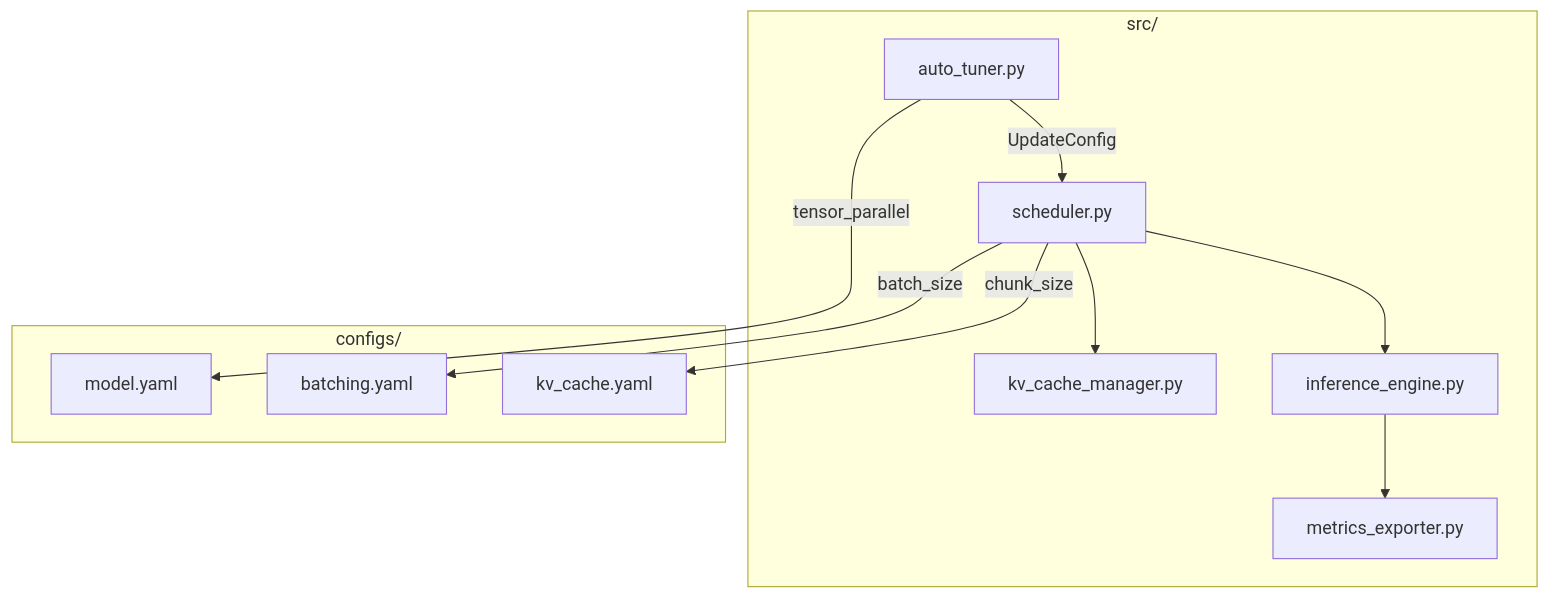
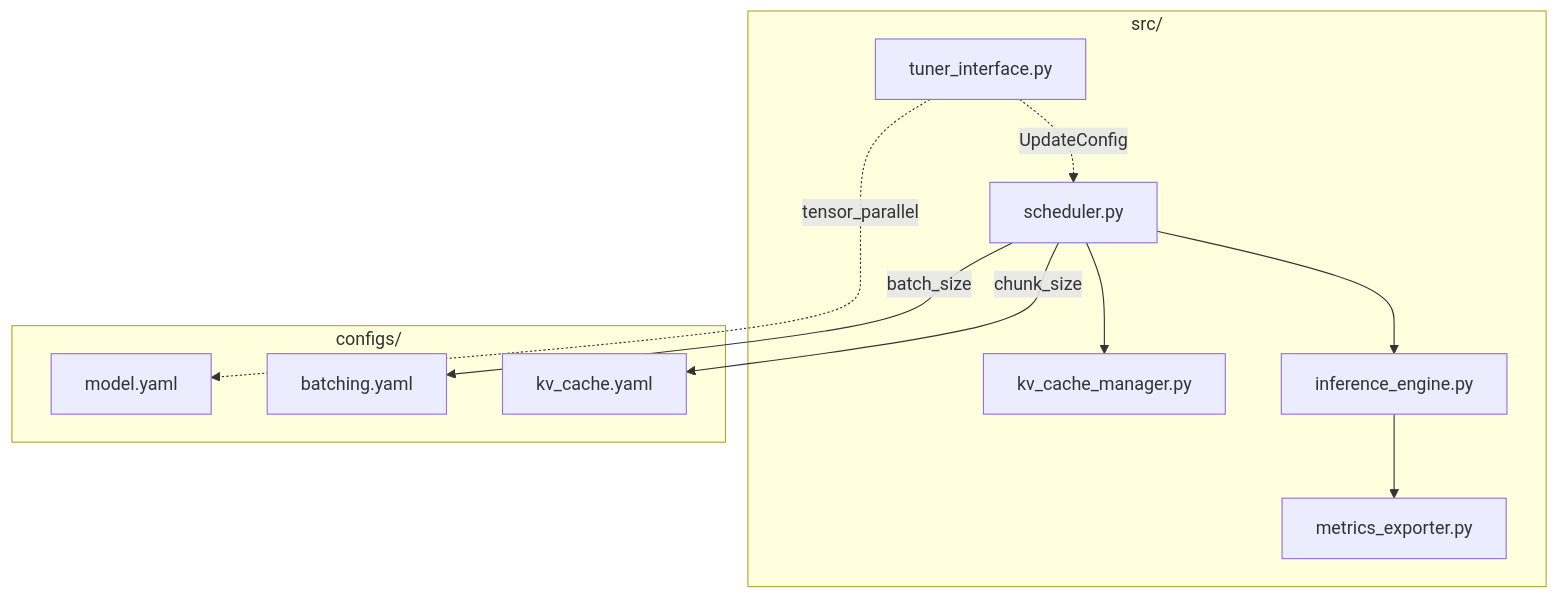
One commit to afine907/deepseek-v4-h100 changed the seventh of 7 diagrams in docs/srs/figures/architecture-diagrams.md. Above: the diagram before and after it, drawn with Mermaid. The commit also changed other lines of this file and 65 other files, not shown here.

````diff
--- a/docs/srs/figures/architecture-diagrams.md
+++ b/docs/srs/figures/architecture-diagrams.md
@@ -162,24 +162,24 @@
 ```mermaid
 graph TD
     subgraph src["src/"]
-        AE[auto_tuner.py]
+        AE[tuner_interface.py]
         SE[scheduler.py]
         KE[kv_cache_manager.py]
         IE[inference_engine.py]
         ME[metrics_exporter.py]
     end
 
     subgraph configs["configs/"]
         MC[model.yaml]
         BC[batching.yaml]
         KC[kv_cache.yaml]
     end
 
-    AE -->|UpdateConfig| SE
+    AE -.->|UpdateConfig| SE
     SE --> KE
     SE --> IE
     IE --> ME
     SE -->|chunk_size| KC
     SE -->|batch_size| BC
-    AE -->|tensor_parallel| MC
+    AE -.->|tensor_parallel| MC
 ```
````
